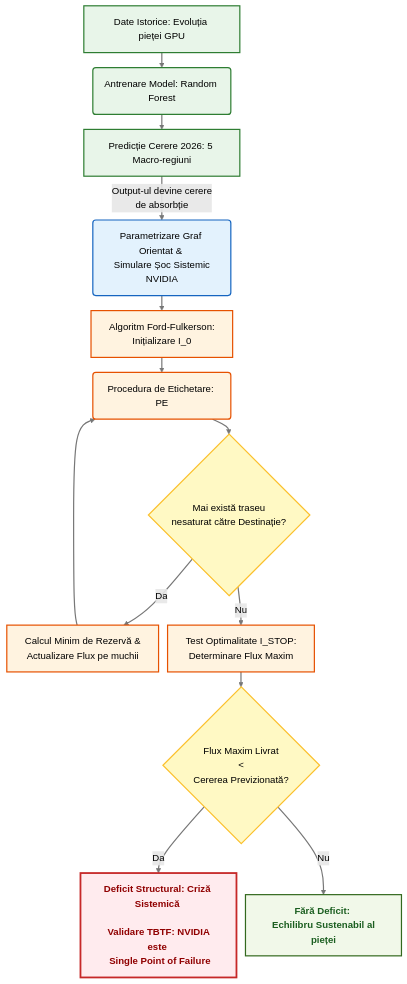
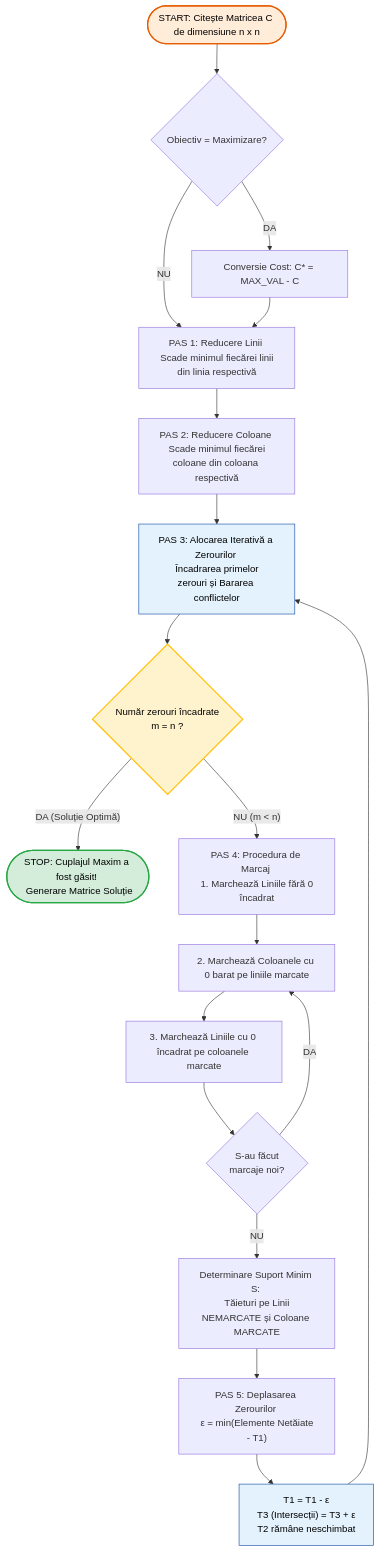
The second of 2 diagrams in schema_logica.md (dariailiescu15/Ford-Algorithm), drawn with Mermaid before and after one commit. The commit also changed other lines of this file, not shown here.

````diff
--- a/schema_logica.md
+++ b/schema_logica.md
@@ -1,38 +50,36 @@
 ```mermaid
-%%{init: {"flowchart": {"nodeSpacing": 15, "rankSpacing": 25}}}%%
 graph TD
-    %% Definirea stilurilor cu text negru fortat pentru vizibilitate maxima pe GitHub
-    classDef ML fill:#e8f5e9,stroke:#2e7d32,stroke-width:2px,color:#000000;
-    classDef Retea fill:#e3f2fd,stroke:#1565c0,stroke-width:2px,color:#000000;
-    classDef Algoritm fill:#fff3e0,stroke:#e65100,stroke-width:2px,color:#000000;
-    classDef Decizie fill:#fff9c4,stroke:#fbc02d,stroke-width:2px,color:#000000;
-    classDef Criza fill:#ffebee,stroke:#c62828,stroke-width:3px,color:#900000,font-weight:bold;
-    classDef Echilibru fill:#f1f8e9,stroke:#33691e,stroke-width:2px,color:#1b5e20,font-weight:bold;
-
-    %% Fortam textul de pe sageti sa fie si el negru si vizibil
-    linkStyle default color:#000000, stroke:#777777, stroke-width:2px;
-
-    %% Faza 1: Machine Learning
-    A[Date Istorice: Evoluția pieței GPU]:::ML --> B(Antrenare Model: Random Forest):::ML
-    B --> C[Predicție Cerere 2026: 5 Macro-regiuni]:::ML
-
-    %% Faza 2: Integrarea in retea
-    C -- "Output-ul devine cerere \n de absorbție" --> D(Parametrizare Graf Orientat & <br> Simulare Șoc Sistemic NVIDIA):::Retea
-
-    %% Faza 3: Algoritmul Ford-Fulkerson
-    D --> E[Algoritm Ford-Fulkerson: <br> Inițializare I_0]:::Algoritm
-    E --> F(Procedura de Etichetare: PE):::Algoritm
-    F --> G{Mai există traseu <br> nesaturat către Destinație?}:::Decizie
+    A(["START: Citește Matricea C de dimensiune n x n"]) --> B{"Obiectiv = Maximizare?"}
     
-    %% Buclele algoritmului
-    G -- Da --> H[Calcul Minim de Rezervă & <br> Actualizare Flux pe muchii]:::Algoritm
-    H --> F
+    B -- DA --> C["Conversie Cost: C* = MAX_VAL - C"]
+    B -- NU --> D["PAS 1: Reducere Linii <br> Scade minimul fiecărei linii din linia respectivă"]
     
-    %% Iesirea din algoritm
-    G -- Nu --> I[Test Optimalitate I_STOP: <br> Determinare Flux Maxim]:::Algoritm
-
-    %% Faza 4: Decizia si Concluzia
-    I --> J{Flux Maxim Livrat <br> < <br> Cererea Previzionată?}:::Decizie
-    J -- Da --> K[Deficit Structural: Criză Sistemică <br><br> Validare TBTF: NVIDIA este <br> Single Point of Failure]:::Criza
-    J -- Nu --> L[Fără Deficit: <br> Echilibru Sustenabil al pieței]:::Echilibru
+    C --> D
+    D --> E["PAS 2: Reducere Coloane <br> Scade minimul fiecărei coloane din coloana respectivă"]
+    
+    E --> F["PAS 3: Alocarea Iterativă a Zerourilor <br> Încadrarea primelor zerouri și Bararea conflictelor"]
+    
+    F --> G{"Număr zerouri încadrate <br> m = n ?"}
+    
+    G -- "DA (Soluție Optimă)" --> H(["STOP: Cuplajul Maxim a fost găsit! <br> Generare Matrice Soluție"])
+    
+    G -- "NU (m < n)" --> I["PAS 4: Procedura de Marcaj <br> 1. Marchează Liniile fără 0 încadrat"]
+    I --> J["2. Marchează Coloanele cu 0 barat pe liniile marcate"]
+    J --> K["3. Marchează Liniile cu 0 încadrat pe coloanele marcate"]
+    
+    K --> L{"S-au făcut <br> marcaje noi?"}
+    L -- DA --> J
+    L -- NU --> M["Determinare Suport Minim S: <br> Tăieturi pe Linii NEMARCATE și Coloane MARCATE"]
+    
+    M --> N["PAS 5: Deplasarea Zerourilor <br> ε = min(Elemente Netăiate - T1)"]
+    
+    N --> O["T1 = T1 - ε <br> T3 (Intersecții) = T3 + ε <br> T2 rămâne neschimbat"]
+    
+    O --> F
+    
+    style A fill:#ffecd9,stroke:#e65c00,stroke-width:2px,color:#000
+    style H fill:#d4edda,stroke:#28a745,stroke-width:2px,color:#000
+    style G fill:#fff3cd,stroke:#ffc107,stroke-width:2px,color:#000
+    style F fill:#e3f2fd,stroke:#0d47a1,stroke-width:1px,color:#000
+    style O fill:#e3f2fd,stroke:#0d47a1,stroke-width:1px,color:#000
 ```
````
